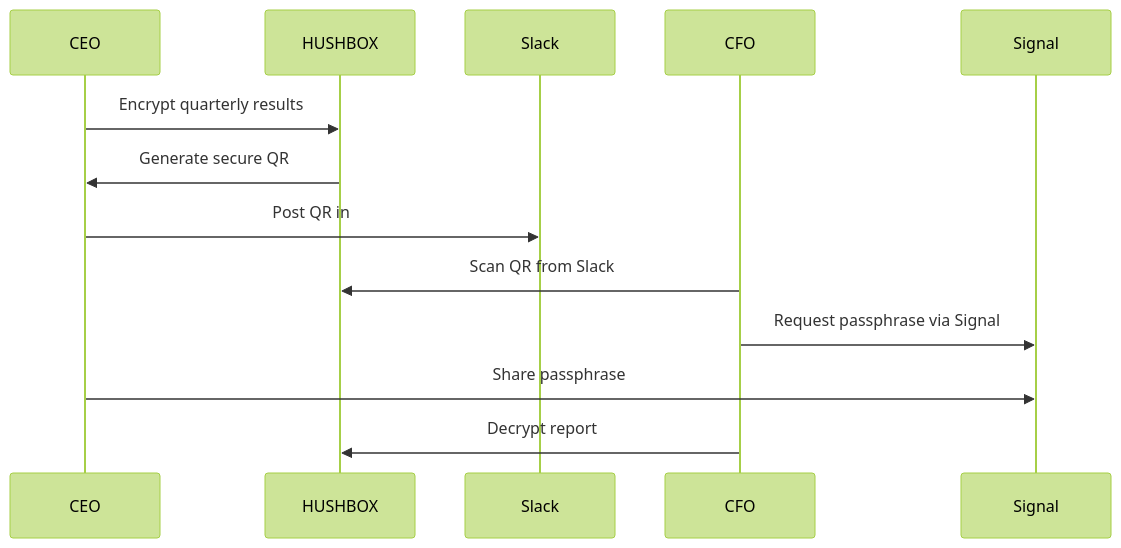
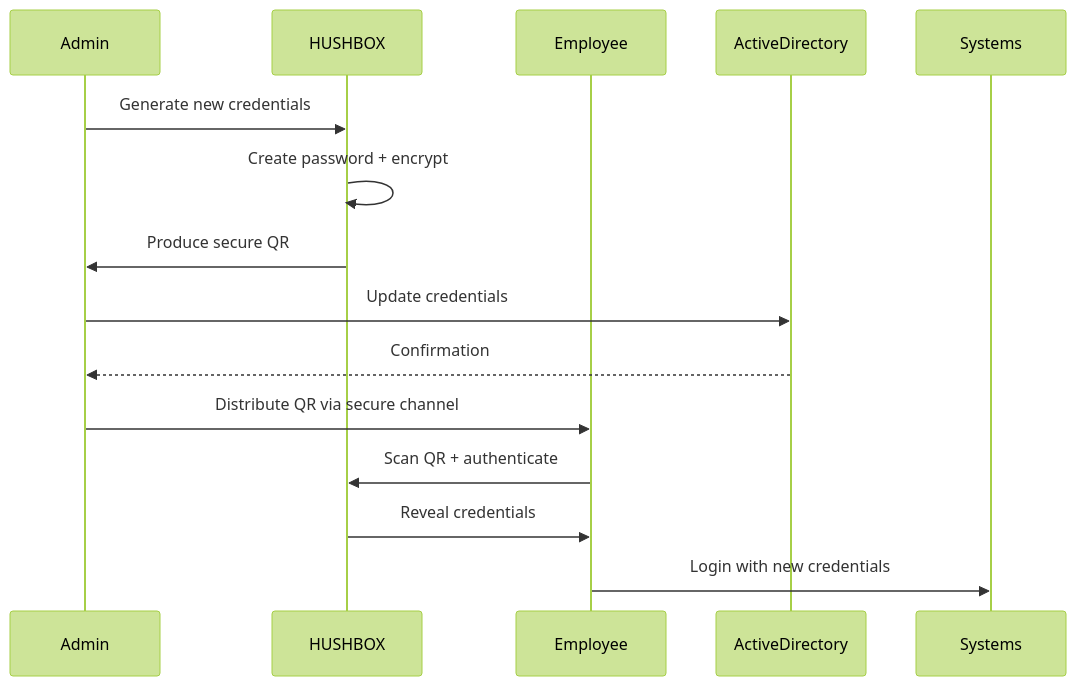
Before and after one commit to MPetovick/HUSHBOX: the tenth of 18 diagrams in README.md, drawn with Mermaid (forest theme). The commit also changed other lines of this file, not shown here.

````diff
--- a/README.md
+++ b/README.md
@@ -205,10 +260,17 @@
 ```mermaid
 sequenceDiagram
-    CEO->>HUSHBOX: Encrypt quarterly results
-    HUSHBOX->>CEO: Generate secure QR
-    CEO->>Slack: Post QR in #board channel
-    CFO->>HUSHBOX: Scan QR from Slack
-    CFO->>Signal: Request passphrase via Signal
-    CEO->>Signal: Share passphrase
-    CFO->>HUSHBOX: Decrypt report
+    participant Admin
+    participant HUSHBOX
+    participant Employee
+    participant ActiveDirectory
+
+    Admin->>HUSHBOX: Generate new credentials
+    HUSHBOX->>HUSHBOX: Create password + encrypt
+    HUSHBOX->>Admin: Produce secure QR
+    Admin->>ActiveDirectory: Update credentials
+    ActiveDirectory-->>Admin: Confirmation
+    Admin->>Employee: Distribute QR via secure channel
+    Employee->>HUSHBOX: Scan QR + authenticate
+    HUSHBOX->>Employee: Reveal credentials
+    Employee->>Systems: Login with new credentials
 ```
````
